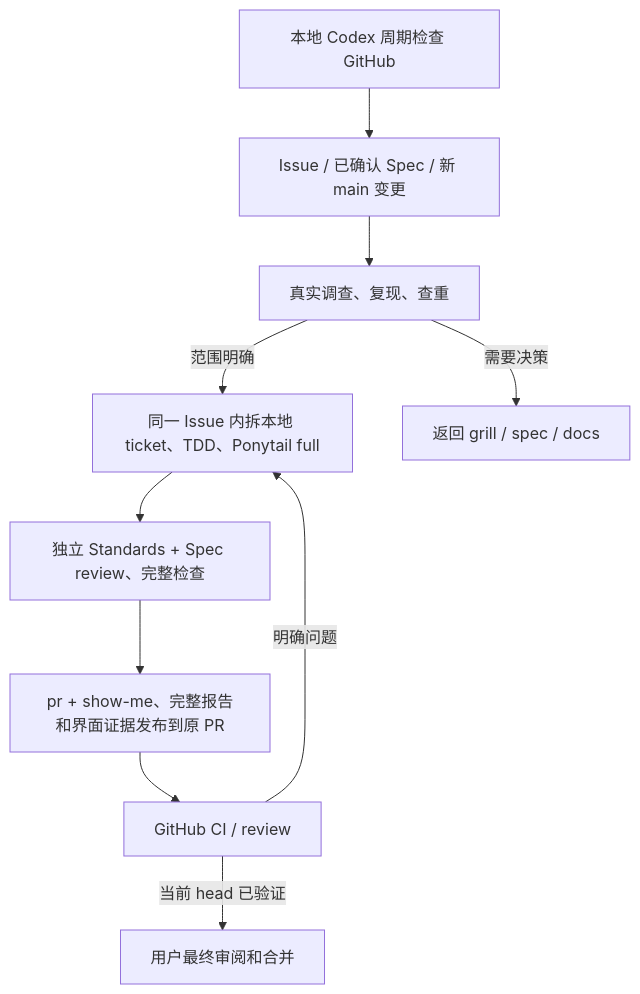
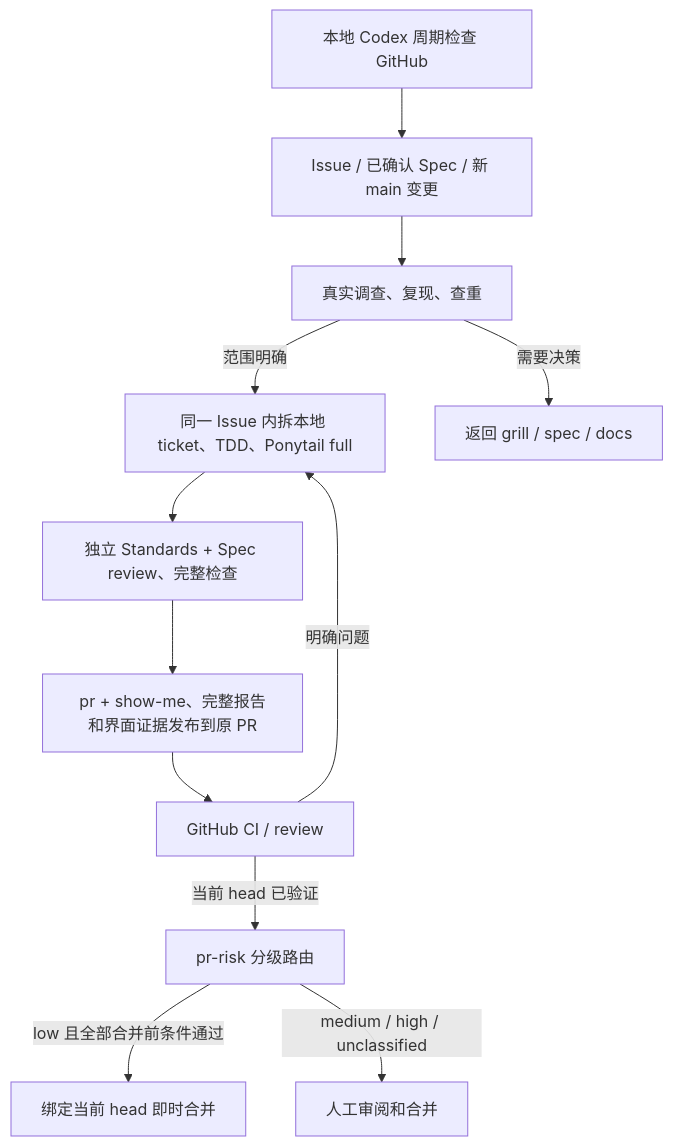
Before and after one commit to ZWkang/nodebraid: the diagram in docs/agents/agentic-workflows.md, drawn with Mermaid. The commit also changed other lines of this file and 21 other files, not shown here.

````diff
--- a/docs/agents/agentic-workflows.md
+++ b/docs/agents/agentic-workflows.md
@@ -8,12 +8,14 @@
 ```mermaid
 flowchart TD
   A[本地 Codex 周期检查 GitHub] --> B[Issue / 已确认 Spec / 新 main 变更]
   B --> C[真实调查、复现、查重]
   C -->|范围明确| D[同一 Issue 内拆本地 ticket、TDD、Ponytail full]
   C -->|需要决策| E[返回 grill / spec / docs]
   D --> F[独立 Standards + Spec review、完整检查]
   F --> G[pr + show-me、完整报告和界面证据发布到原 PR]
   G --> H[GitHub CI / review]
   H -->|明确问题| D
-  H -->|当前 head 已验证| I[用户最终审阅和合并]
+  H -->|当前 head 已验证| I[pr-risk 分级路由]
+  I -->|low 且全部合并前条件通过| J[绑定当前 head 即时合并]
+  I -->|medium / high / unclassified| K[人工审阅和合并]
 ```
````
